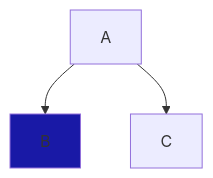
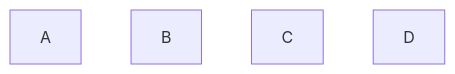
Before and after one commit to linkeshvaranr/CSS-selectors-Explained: the diagram in README.md, drawn with Mermaid. The commit also changed other lines of this file, not shown here.

Commit message:
changed md

````diff
--- a/README.md
+++ b/README.md
@@ -3,7 +4,8 @@
 ```mermaid
     graph TD;
-        A --> B
-        A --> C
-        style B fill:#1919a6;
+        A
+        B 
+        C
+        D
 
 ```
````
